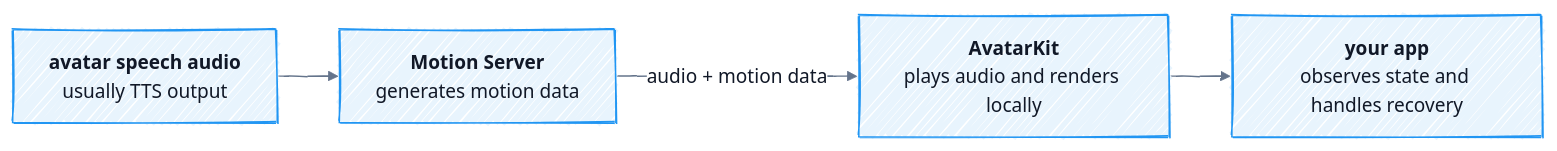
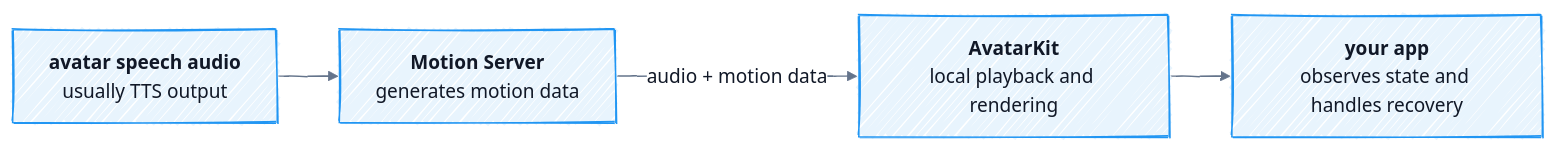
The diagram in concepts/how-it-works.mdx (spatius-ai/docs), drawn with Mermaid before and after one commit. The commit also changed other lines of this file and 11 other files, not shown here.

````diff
--- a/concepts/how-it-works.mdx
+++ b/concepts/how-it-works.mdx
@@ -21,32 +13,32 @@
 ```mermaid actions={false}
 ---
 config:
   "look": "handDrawn"
   "theme": "base"
   "themeVariables":
     "background": "#ffffff"
     "textColor": "#111827"
     "lineColor": "#64748b"
     "primaryColor": "#e8f4fd"
     "primaryTextColor": "#111827"
     "primaryBorderColor": "#2196F3"
     "secondaryColor": "#f3e5f5"
     "secondaryTextColor": "#111827"
     "secondaryBorderColor": "#9C27B0"
     "tertiaryColor": "#fff3e0"
     "tertiaryTextColor": "#111827"
     "tertiaryBorderColor": "#FF9800"
     "clusterBkg": "#f8fafc"
     "clusterBorder": "#cbd5e1"
     "edgeLabelBackground": "#ffffff"
 ---
 graph LR
     A["<b>avatar speech audio</b><br/>usually TTS output"]
     B["<b>Motion Server</b><br/>generates motion data"]
-    C["<b>AvatarKit</b><br/>plays audio and renders locally"]
+    C["<b>AvatarKit</b><br/>local playback and rendering"]
     D["<b>your app</b><br/>observes state and handles recovery"]
 
     A --> B
     B -->|"audio + motion data"| C
     C --> D
 ```
````
